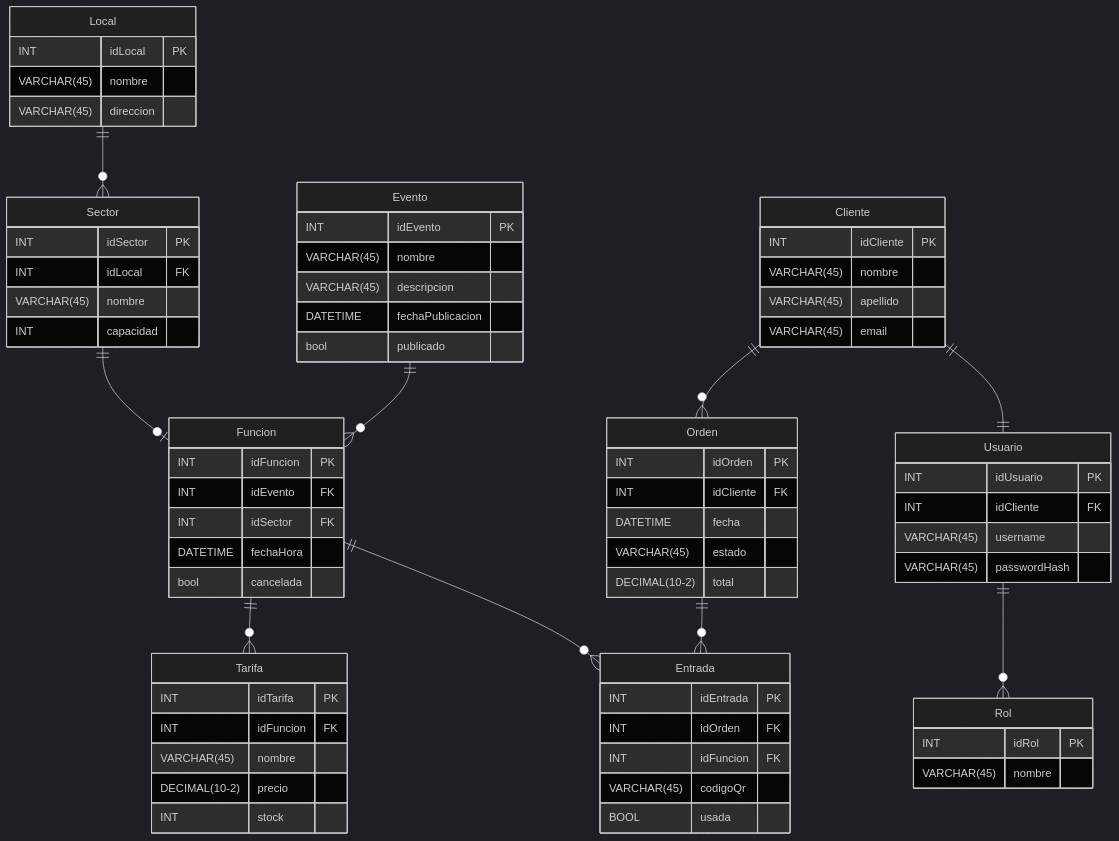
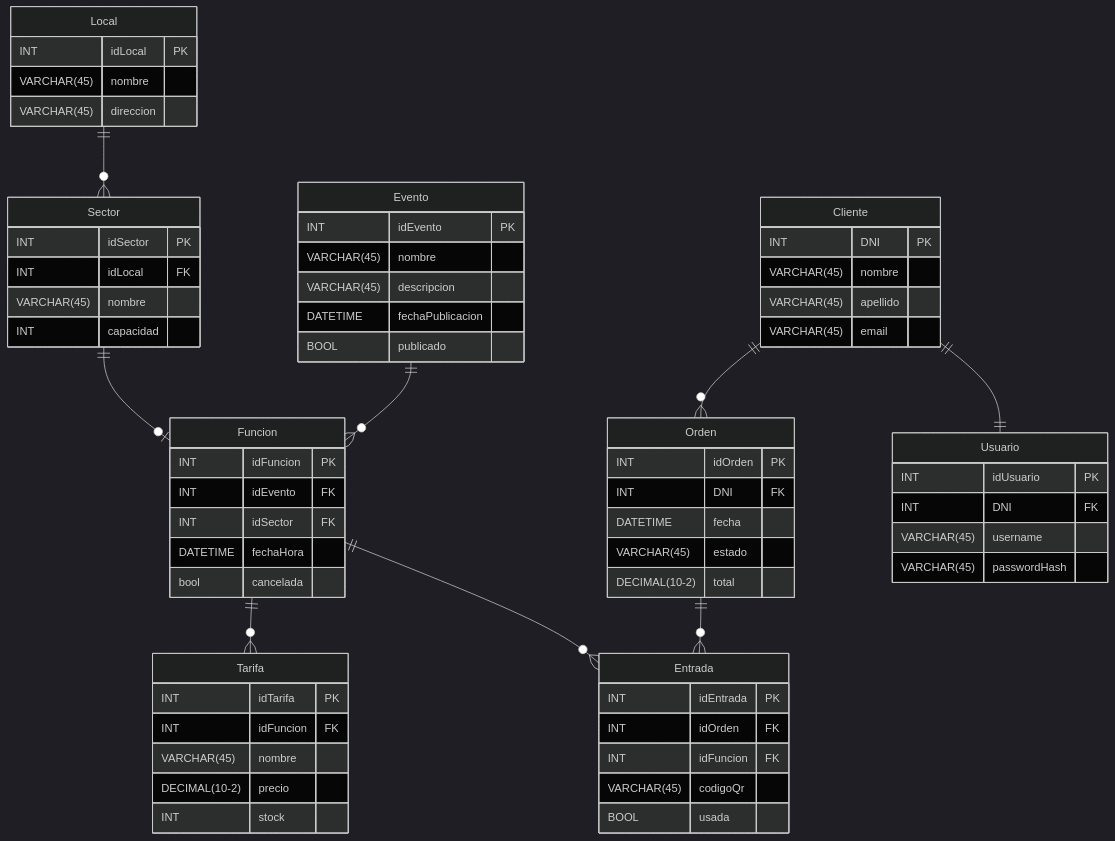
Before and after one commit to PasandiLuka/SuperProyecto: the second of 2 diagrams in SuperProyecto/doc/README.md, drawn with Mermaid (dark theme). The commit also changed other lines of this file and 4 other files, not shown here.

````diff
--- a/SuperProyecto/doc/README.md
+++ b/SuperProyecto/doc/README.md
@@ -104,7 +105,7 @@
         VARCHAR(45) nombre
         VARCHAR(45) descripcion
         DATETIME fechaPublicacion
-        bool publicado
+        BOOL publicado
     }
 
     Funcion {
@@ -124,7 +125,7 @@
     }
 
     Cliente {
-        INT idCliente PK
+        INT DNI PK
         VARCHAR(45) nombre
         VARCHAR(45) apellido
         VARCHAR(45) email
@@ -132,7 +133,7 @@
 
     Orden {
         INT idOrden PK
-        INT idCliente FK
+        INT DNI FK
         DATETIME fecha
         VARCHAR(45) estado
         DECIMAL(10-2) total
@@ -148,14 +149,9 @@
 
     Usuario {
         INT idUsuario PK
-        INT idCliente FK
+        INT DNI FK
         VARCHAR(45) username
         VARCHAR(45) passwordHash
-    }
-
-    Rol {
-        INT idRol PK
-        VARCHAR(45) nombre
     }
 
     %% Relaciones
@@ -166,6 +162,5 @@
     Cliente ||--o{ Orden : ""
     Orden ||--o{ Entrada : ""
     Funcion ||--o{ Entrada : ""
-    Usuario ||--o{ Rol : ""
     Cliente ||--|| Usuario : ""
 ```
````
